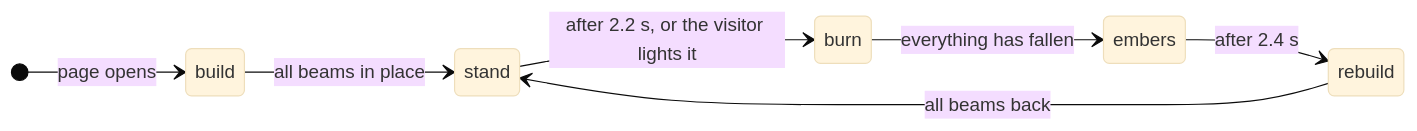
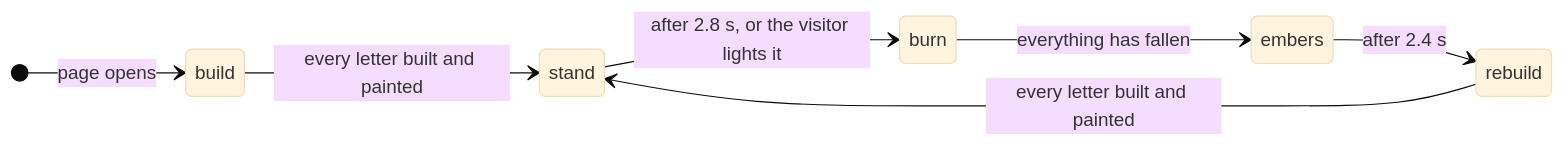
The diagram in docs/develop/effigy-title.md (MorpheusMXML/hamburn-cozynights), drawn with Mermaid (base theme) before and after one commit. The commit also changed other lines of this file and 7 other files, not shown here.

First line of the commit message:
feat(title): rainbow letters built by magic balls, burning letter by letter

````diff
--- a/docs/develop/effigy-title.md
+++ b/docs/develop/effigy-title.md
@@ -7,10 +7,10 @@
 ```mermaid
 stateDiagram-v2
   direction LR
   [*] --> build: page opens
-  build --> stand: all beams in place
-  stand --> burn: after 2.2 s, or the visitor lights it
+  build --> stand: every letter built and painted
+  stand --> burn: after 2.8 s, or the visitor lights it
   burn --> embers: everything has fallen
   embers --> rebuild: after 2.4 s
-  rebuild --> stand: all beams back
+  rebuild --> stand: every letter built and painted
 ```
````
